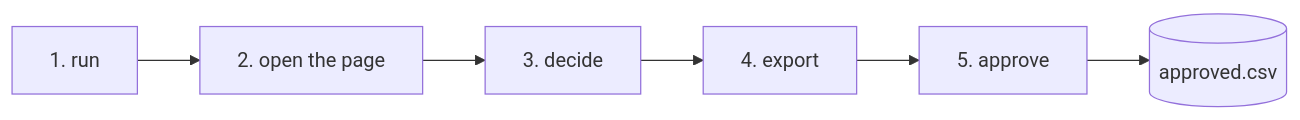
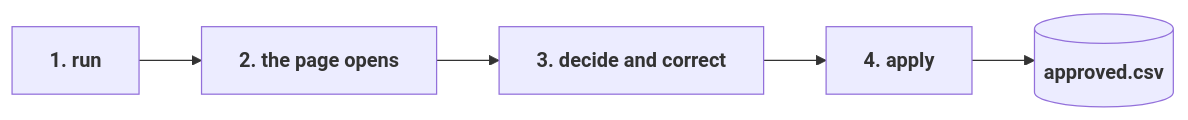
Before and after one commit to sean-carmody5/docintel: the diagram in docs/walkthrough.md, drawn with Mermaid. The commit also changed other lines of this file and 10 other files, not shown here.

First line of the commit message:
Finish the review from the page: --review serves it and Apply runs approve

````diff
--- a/docs/walkthrough.md
+++ b/docs/walkthrough.md
@@ -5,4 +5,4 @@
 ```mermaid
 flowchart LR
-  A[1. run] --> B[2. open the page] --> C[3. decide] --> D[4. export] --> E[5. approve] --> F[(approved.csv)]
+  A["<b>1. run</b>"] --> B["<b>2. the page opens</b>"] --> C["<b>3. decide and correct</b>"] --> D["<b>4. apply</b>"] --> F[("<b>approved.csv</b>")]
 ```
````
